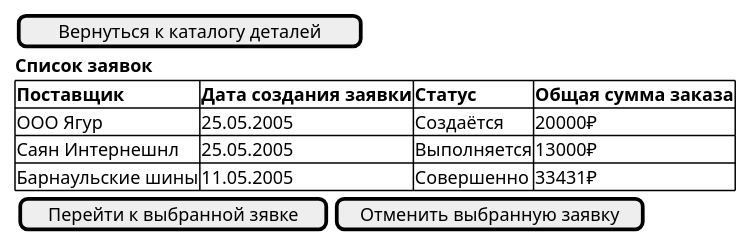
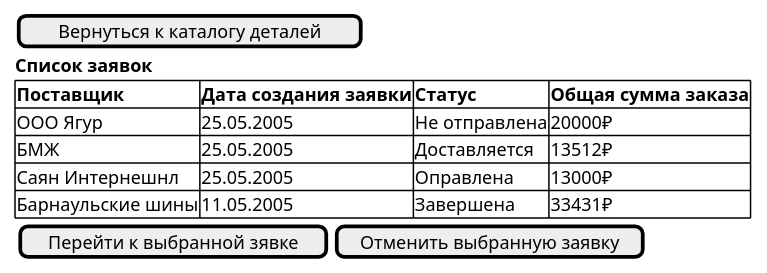
One commit to BombasticFantastik/PIS_Course_work changed the diagram in uml-диаграммы/таблица_выбора_заявок.puml. Above: the diagram before and after it, drawn with PlantUML. The commit also changed 8 other files, not shown here.

Commit message:
поправил диаграммы

```diff
--- a/uml-диаграммы/таблица_выбора_заявок.puml
+++ b/uml-диаграммы/таблица_выбора_заявок.puml
@@ -1,15 +1,17 @@
 @startsalt Список заявок
 {
     [Вернуться к каталогу деталей]
     <b>Список заявок
     {# <b>Поставщик| <b>Дата создания заявки | <b>Статус | <b>Общая сумма заказа
-    ООО Ягур|25.05.2005 | Создаётся | 20000₽ 
-    Саян Интернешнл|25.05.2005 | Выполняется | 13000₽
-    Барнаульские шины|11.05.2005 | Совершенно  | 33431₽
+    ООО Ягур|25.05.2005 | Не отправлена | 20000₽ 
+    БМЖ|25.05.2005 | Доставляется | 13512₽
+    Саян Интернешнл|25.05.2005 | Оправлена | 13000₽
+    Барнаульские шины|11.05.2005 | Завершена  | 33431₽
     }
+    
     {
         [Перейти к выбранной зявке]| [Отменить выбранную заявку]
     }
     
 }
 @endsalt
```
